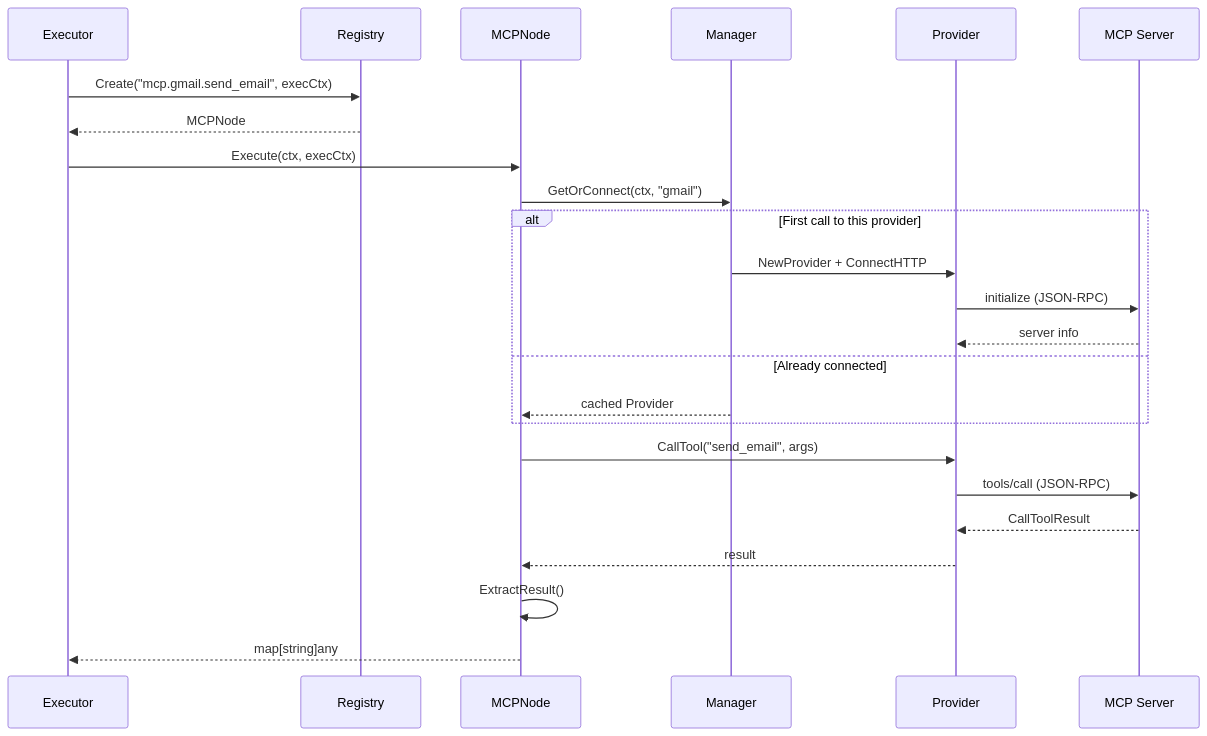
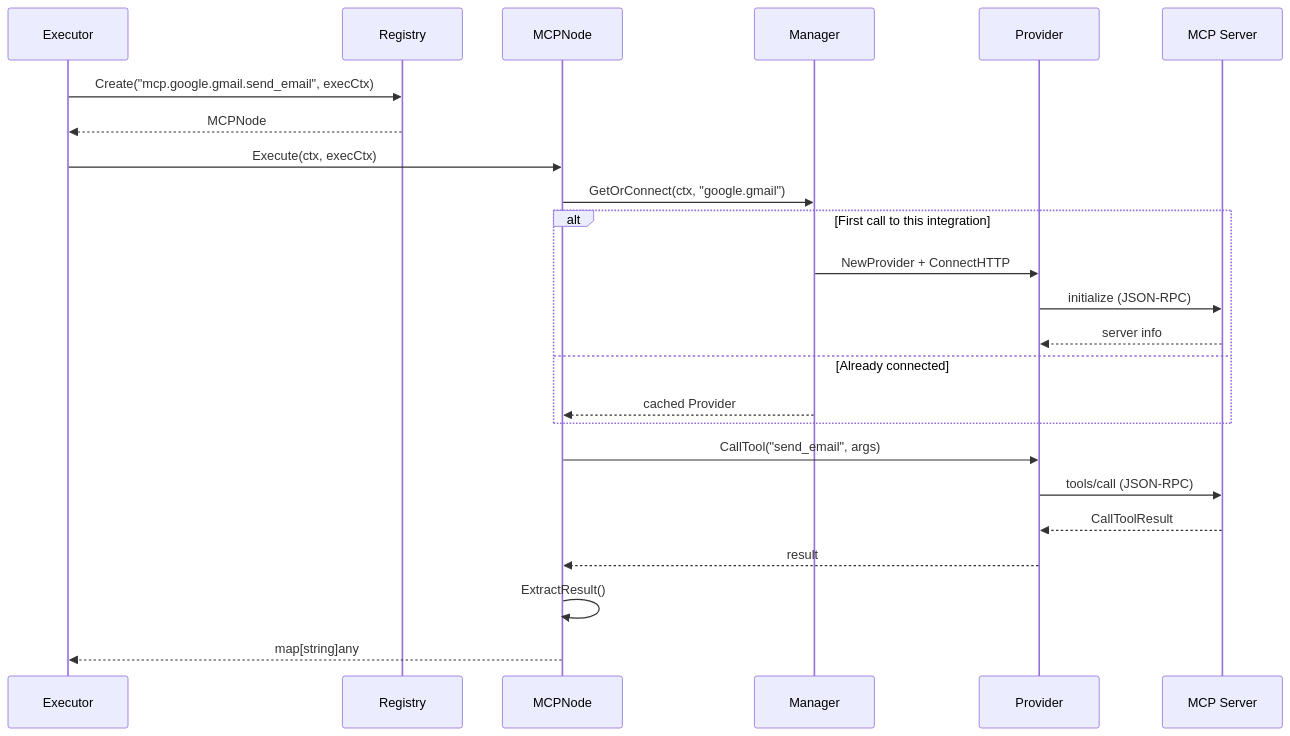
Before and after one commit to rune-org/rune: the third of 3 diagrams in services/rune-worker/pkg/mcp/README.md, drawn with Mermaid. The commit also changed other lines of this file and 3 other files, not shown here.

Commit message:
add provider to mcp name struct

````diff
--- a/services/rune-worker/pkg/mcp/README.md
+++ b/services/rune-worker/pkg/mcp/README.md
@@ -83,27 +81,27 @@
 ```mermaid
 sequenceDiagram
     participant exe as Executor
     participant reg as Registry
     participant node as MCPNode
     participant mgr as Manager
     participant prv as Provider
     participant srv as MCP Server
 
-    exe->>reg: Create("mcp.gmail.send_email", execCtx)
+    exe->>reg: Create("mcp.google.gmail.send_email", execCtx)
     reg-->>exe: MCPNode
     exe->>node: Execute(ctx, execCtx)
-    node->>mgr: GetOrConnect(ctx, "gmail")
-    alt First call to this provider
+    node->>mgr: GetOrConnect(ctx, "google.gmail")
+    alt First call to this integration
         mgr->>prv: NewProvider + ConnectHTTP
         prv->>srv: initialize (JSON-RPC)
         srv-->>prv: server info
     else Already connected
         mgr-->>node: cached Provider
     end
     node->>prv: CallTool("send_email", args)
     prv->>srv: tools/call (JSON-RPC)
     srv-->>prv: CallToolResult
     prv-->>node: result
     node->>node: ExtractResult()
     node-->>exe: map[string]any
 ```
````
